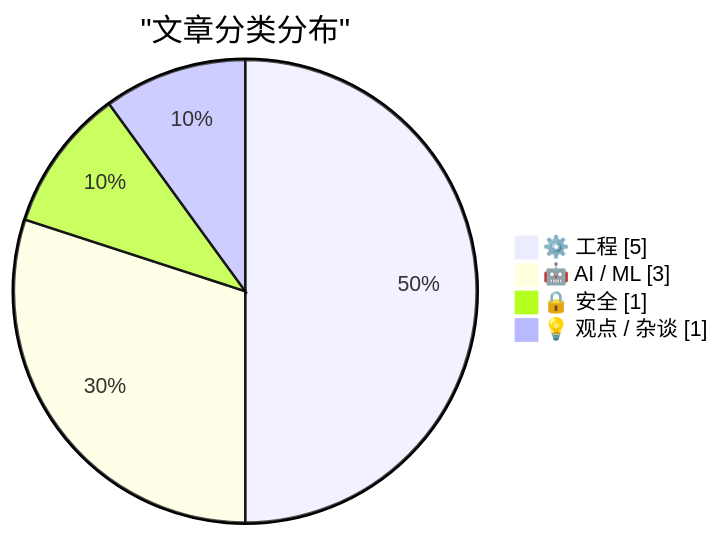
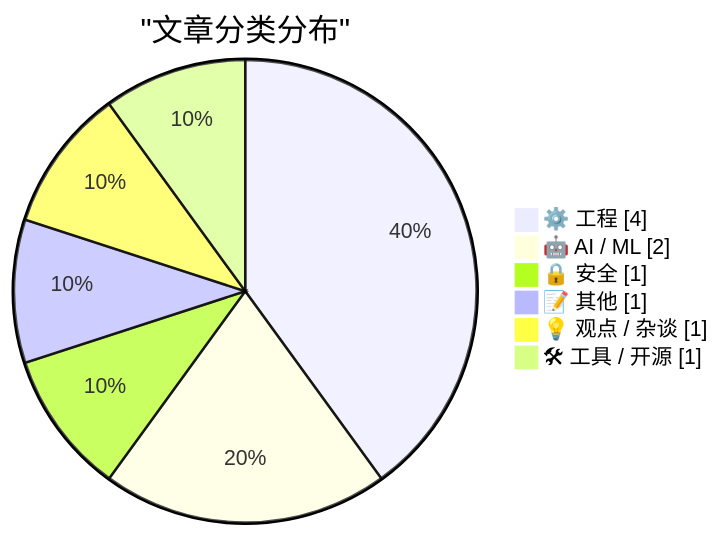
Before and after one commit to originem0/SZBlog: the first of 2 diagrams in content/ai-daily/2026-03-27.md, drawn with Mermaid. The commit also changed other lines of this file, not shown here.

````diff
--- a/content/ai-daily/2026-03-27.md
+++ b/content/ai-daily/2026-03-27.md
@@ -56,8 +56,10 @@
 ```mermaid
 pie showData
     title "文章分类分布"
-    "⚙️ 工程" : 5
-    "🤖 AI / ML" : 3
+    "⚙️ 工程" : 4
+    "🤖 AI / ML" : 2
     "🔒 安全" : 1
+    "📝 其他" : 1
     "💡 观点 / 杂谈" : 1
+    "🛠 工具 / 开源" : 1
 ```
````
